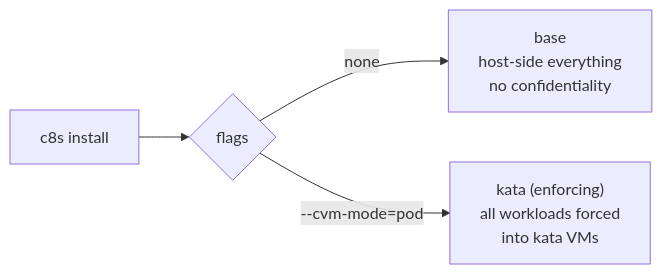
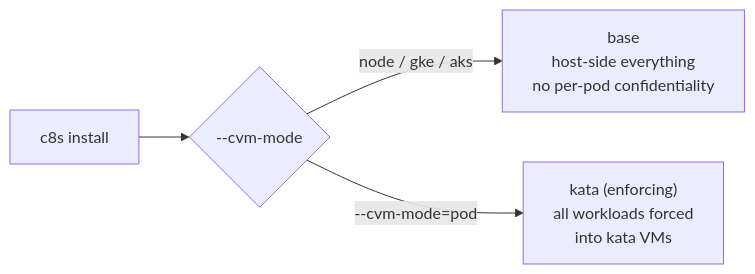
The first of 6 diagrams in docs/install-flows.md (confidential-dot-ai/c8s), drawn with Mermaid before and after one commit. The commit also changed other lines of this file and 2 other files, not shown here.

Commit message:
docs: QUICKSTART/DEMO/install-flows — --cvm-mode is now required, mention --operator-keys

````diff
--- a/docs/install-flows.md
+++ b/docs/install-flows.md
@@ -37,6 +40,6 @@
 ```mermaid
 flowchart LR
-    A["c8s install"] --> B{flags}
-    B -->|none| BASE["base<br/>host-side everything<br/>no confidentiality"]
+    A["c8s install"] --> B{--cvm-mode}
+    B -->|"node / gke / aks"| BASE["base<br/>host-side everything<br/>no per-pod confidentiality"]
     B -->|"--cvm-mode=pod"| KATA["kata (enforcing)<br/>all workloads forced<br/>into kata VMs"]
 ```
````
